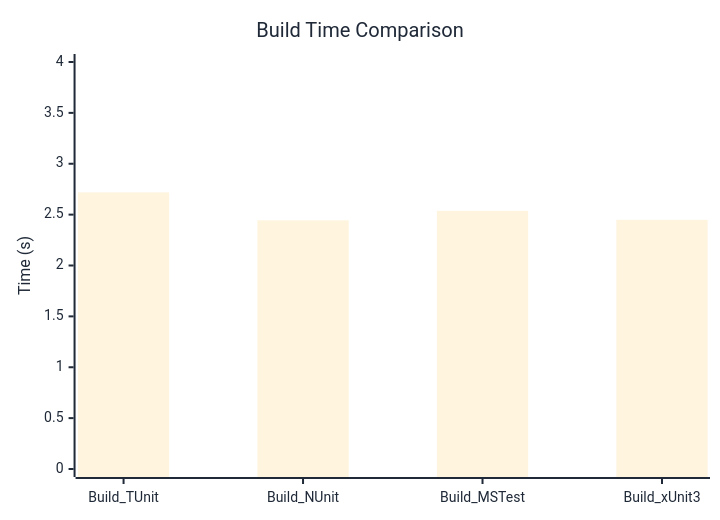
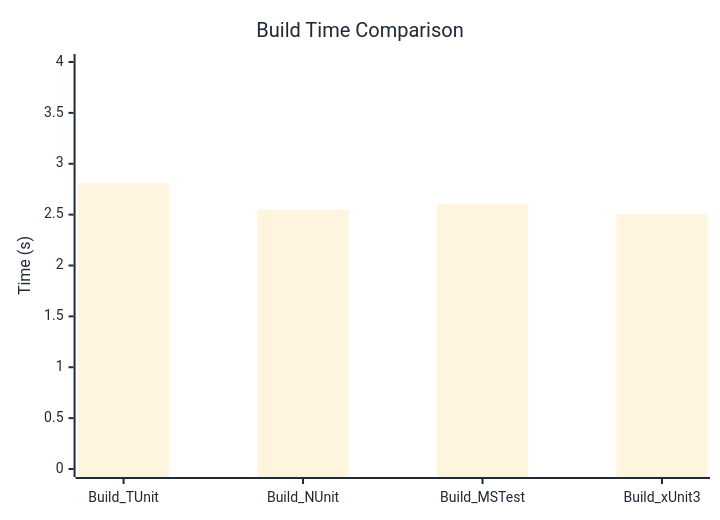
Before and after one commit to thomhurst/TUnit: the diagram in docs/docs/benchmarks/BuildTime.md, drawn with Mermaid. The commit also changed other lines of this file and 17 other files, not shown here.

````diff
--- a/docs/docs/benchmarks/BuildTime.md
+++ b/docs/docs/benchmarks/BuildTime.md
@@ -28,37 +28,37 @@
 ```mermaid
 %%{init: {
   'theme':'base',
   'themeVariables': {
     'primaryColor': '#2563eb',
     'primaryTextColor': '#1f2937',
     'primaryBorderColor': '#1e40af',
     'lineColor': '#6b7280',
     'secondaryColor': '#7c3aed',
     'tertiaryColor': '#dc2626',
     'background': '#ffffff',
     'mainBkg': '#2563eb',
     'secondBkg': '#7c3aed',
     'tertiaryBkg': '#dc2626',
     'clusterBkg': '#f3f4f6',
     'edgeLabelBackground': '#ffffff',
     'tertiaryTextColor': '#1f2937',
     'pie1': '#2563eb',
     'pie2': '#7c3aed',
     'pie3': '#dc2626',
     'pie4': '#f59e0b',
     'pie5': '#10b981',
     'pie6': '#06b6d4',
     'pie7': '#ec4899',
     'pie8': '#6366f1',
     'pie9': '#84cc16',
     'pie10': '#f97316',
     'pie11': '#14b8a6',
     'pie12': '#a855f7'
   }
 }}%%
 xychart-beta
   title "Build Time Comparison"
   x-axis ["Build_TUnit", "Build_NUnit", "Build_MSTest", "Build_xUnit3"]
   y-axis "Time (s)" 0 --> 4
-  bar [2.719, 2.444, 2.537, 2.449]
+  bar [2.811, 2.548, 2.602, 2.5]
 ```
````
